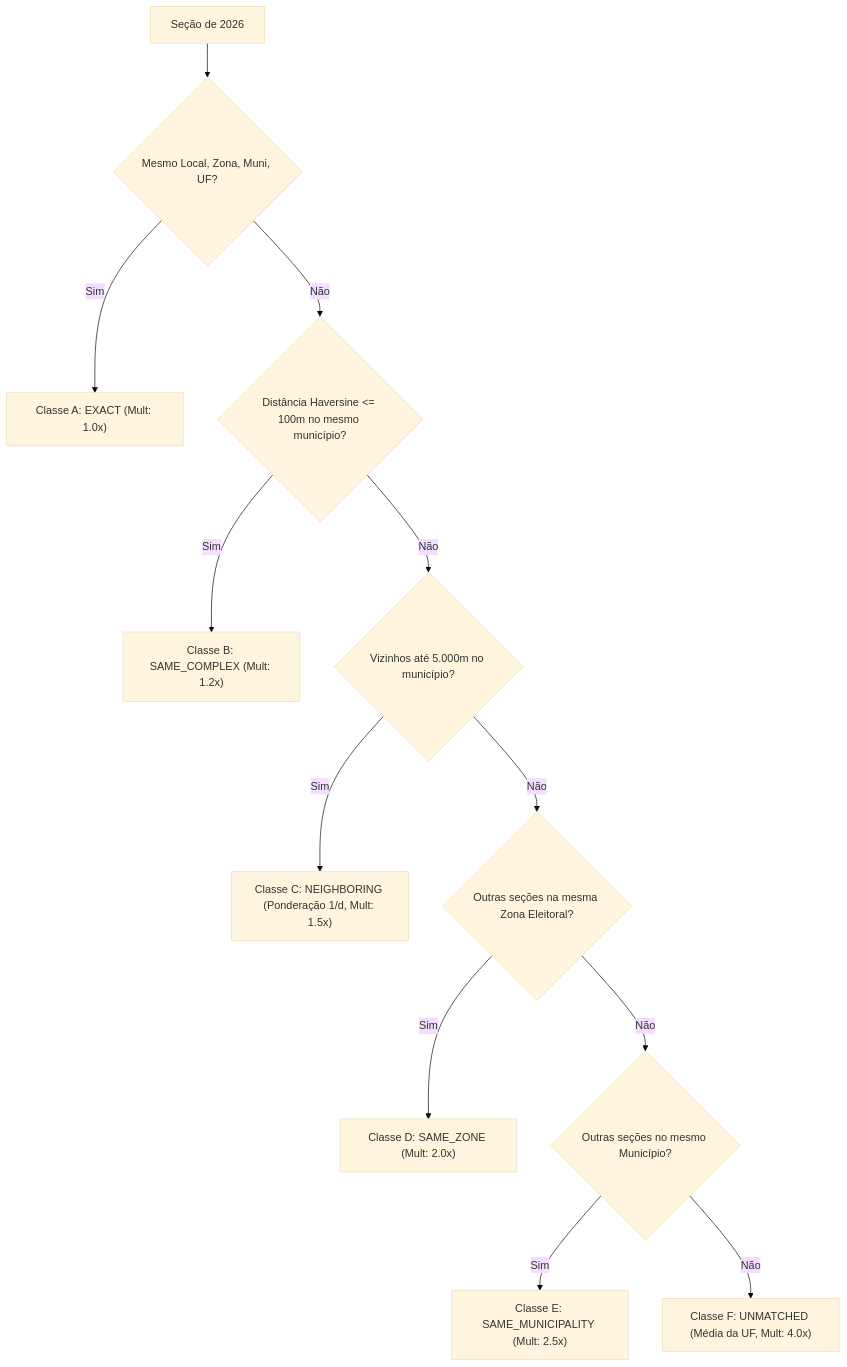
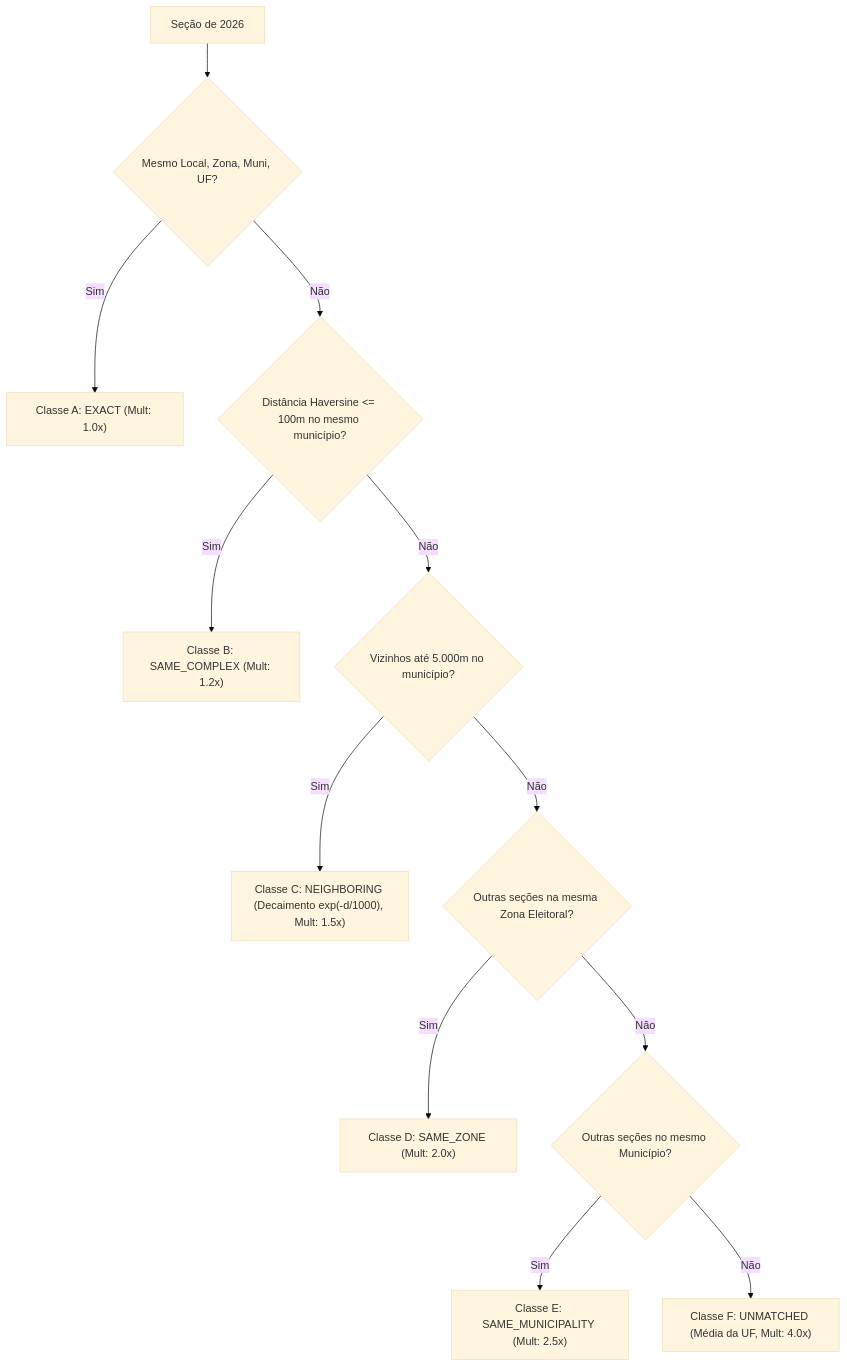
Before and after one commit to alexcamargos/horizonte_eleitoral: the second of 2 diagrams in docs/METODOLOGIA_ESTATISTICA.md, drawn with Mermaid (base theme). The commit also changed other lines of this file, not shown here.

````diff
--- a/docs/METODOLOGIA_ESTATISTICA.md
+++ b/docs/METODOLOGIA_ESTATISTICA.md
@@ -162,14 +166,14 @@
 ```mermaid
 flowchart TD
     M0["Seção de 2026"] --> C1{"Mesmo Local, Zona, Muni, UF?"}
     C1 -- Sim --> EXACT["Classe A: EXACT (Mult: 1.0x)"]
     C1 -- Não --> C2{"Distância Haversine <= 100m no mesmo município?"}
     C2 -- Sim --> COMPLEX["Classe B: SAME_COMPLEX (Mult: 1.2x)"]
     C2 -- Não --> C3{"Vizinhos até 5.000m no município?"}
-    C3 -- Sim --> NEIGHBOR["Classe C: NEIGHBORING (Ponderação 1/d, Mult: 1.5x)"]
+    C3 -- Sim --> NEIGHBOR["Classe C: NEIGHBORING (Decaimento exp(-d/1000), Mult: 1.5x)"]
     C3 -- Não --> C4{"Outras seções na mesma Zona Eleitoral?"}
     C4 -- Sim --> ZONE["Classe D: SAME_ZONE (Mult: 2.0x)"]
     C4 -- Não --> C5{"Outras seções no mesmo Município?"}
     C5 -- Sim --> MUNI_FALLBACK["Classe E: SAME_MUNICIPALITY (Mult: 2.5x)"]
     C5 -- Não --> STATE_FALLBACK["Classe F: UNMATCHED (Média da UF, Mult: 4.0x)"]
 ```
````
